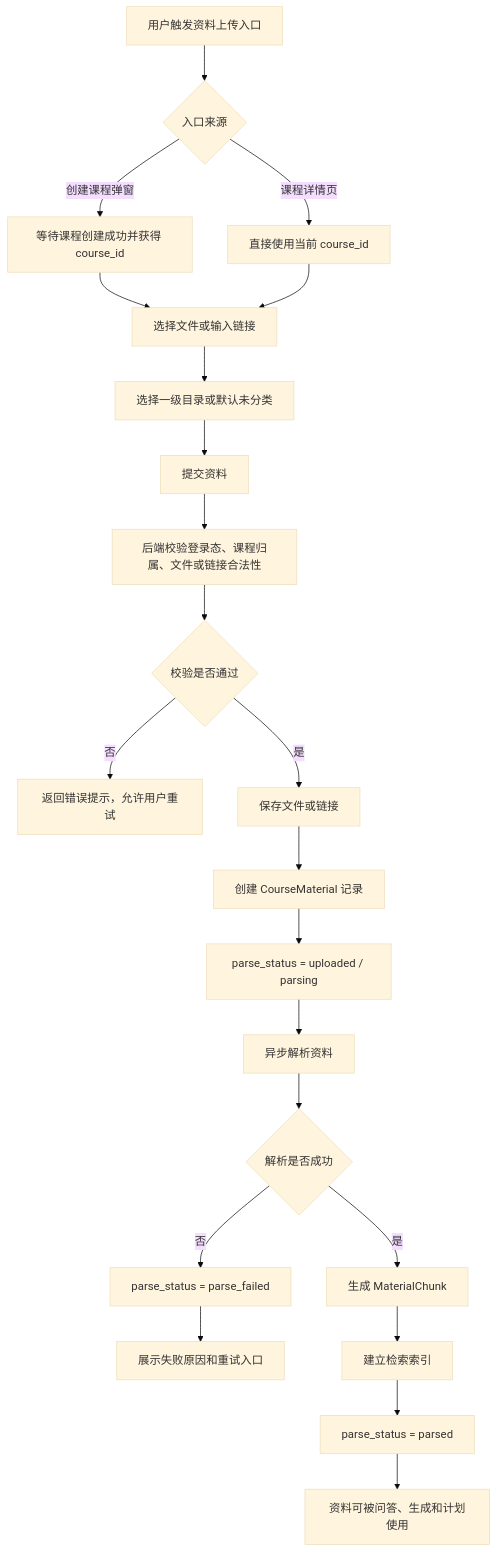
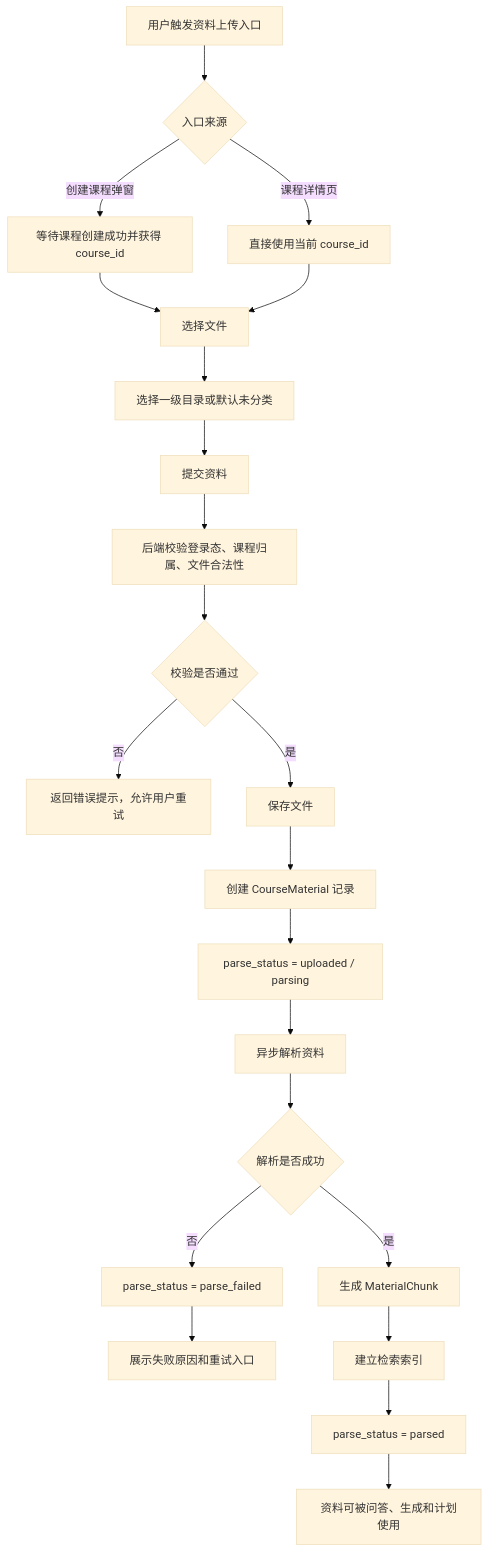
One commit to cyruan815/CourseNexus changed the fourth of 10 diagrams in docs/product/PRD/02_用户流程_页面跳转_系统流程.md. Above: the diagram before and after it, drawn with Mermaid (base theme). The commit also changed other lines of this file and 13 other files, not shown here.

````diff
--- a/docs/product/PRD/02_用户流程_页面跳转_系统流程.md
+++ b/docs/product/PRD/02_用户流程_页面跳转_系统流程.md
@@ -237,24 +237,24 @@
 ```mermaid
 flowchart TD
     A["用户触发资料上传入口"] --> B{"入口来源"}
     B -- "创建课程弹窗" --> C["等待课程创建成功并获得 course_id"]
     B -- "课程详情页" --> D["直接使用当前 course_id"]
-    C --> E["选择文件或输入链接"]
+    C --> E["选择文件"]
     D --> E
     E --> F["选择一级目录或默认未分类"]
     F --> G["提交资料"]
-    G --> H["后端校验登录态、课程归属、文件或链接合法性"]
+    G --> H["后端校验登录态、课程归属、文件合法性"]
     H --> I{"校验是否通过"}
     I -- "否" --> J["返回错误提示，允许用户重试"]
-    I -- "是" --> K["保存文件或链接"]
+    I -- "是" --> K["保存文件"]
     K --> L["创建 CourseMaterial 记录"]
     L --> M["parse_status = uploaded / parsing"]
     M --> N["异步解析资料"]
     N --> O{"解析是否成功"}
     O -- "否" --> P["parse_status = parse_failed"]
     P --> Q["展示失败原因和重试入口"]
     O -- "是" --> R["生成 MaterialChunk"]
     R --> S["建立检索索引"]
     S --> T["parse_status = parsed"]
     T --> U["资料可被问答、生成和计划使用"]
 ```
````
